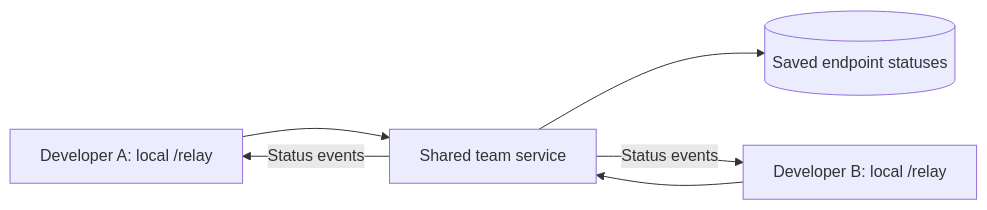
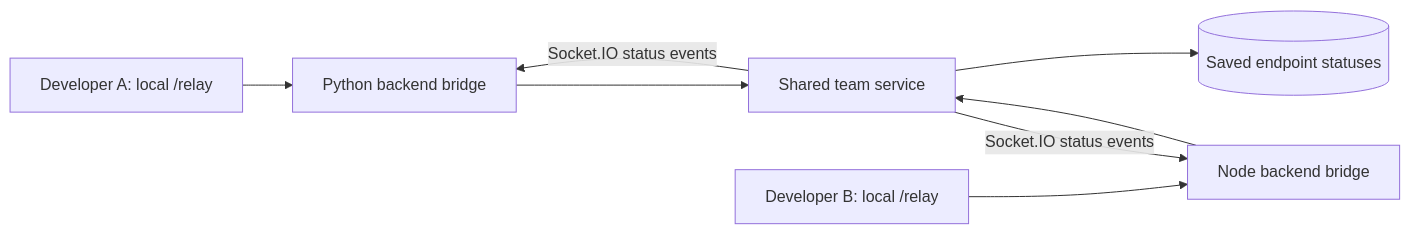
The diagram in docs/REALTIME.md (nibir-ai/relay), drawn with Mermaid before and after one commit. The commit also changed other lines of this file and 30 other files, not shown here.

First line of the commit message:
Connect native Python and Node realtime status sync

````diff
--- a/docs/REALTIME.md
+++ b/docs/REALTIME.md
@@ -11,8 +11,10 @@
 ```mermaid
 flowchart LR
-  A[Developer A: local /relay] --> B[Shared team service]
-  C[Developer B: local /relay] --> B
+  A[Developer A: local /relay] --> P[Python backend bridge]
+  C[Developer B: local /relay] --> N[Node backend bridge]
+  P --> B[Shared team service]
+  N --> B
   B --> D[(Saved endpoint statuses)]
-  B -->|Status events| A
-  B -->|Status events| C
+  B -->|Socket.IO status events| P
+  B -->|Socket.IO status events| N
 ```
````
